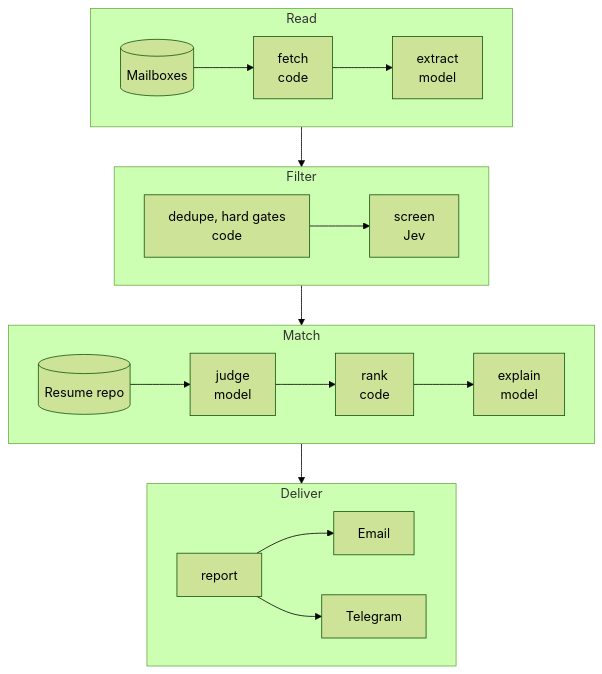
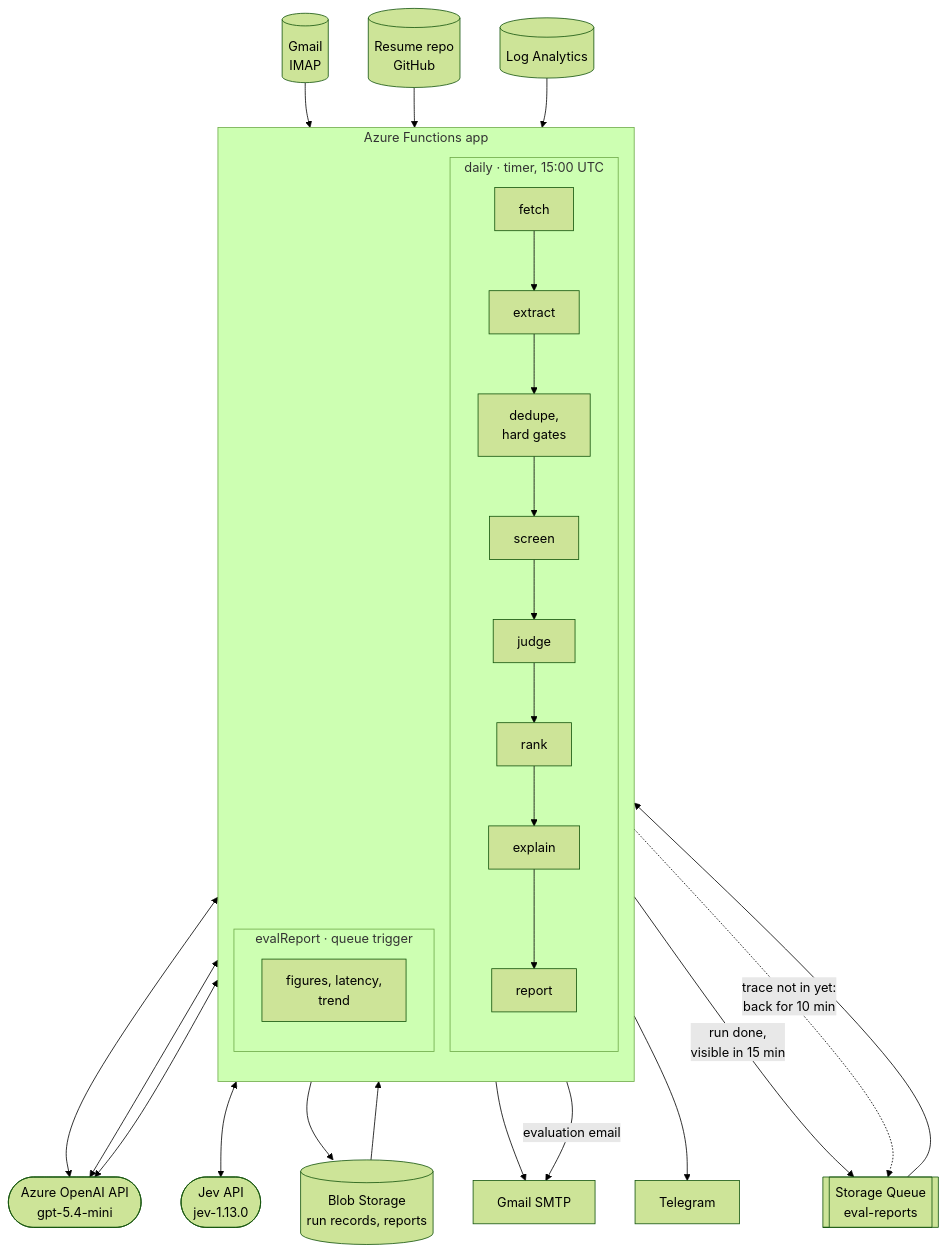
The diagram in README.md (PCBZ/job-scan), drawn with Mermaid (forest theme) before and after one commit. The commit also changed other lines of this file, not shown here.

Commit message:
docs(readme): versioned badges; one architecture diagram with both functions and the queue between them

````diff
--- a/README.md
+++ b/README.md
@@ -26,20 +29,33 @@
 ```mermaid
 flowchart TB
-  subgraph read [Read]
-    direction LR
-    mail[(Mailboxes)] --> fetch[fetch<br/>code] --> extract[extract<br/>model]
+  gmail[(Gmail<br/>IMAP)]
+  github[(Resume repo<br/>GitHub)]
+  openai([Azure OpenAI API<br/>gpt-5.4-mini])
+  jev([Jev API<br/>jev-1.13.0])
+
+  subgraph app [Azure Functions app]
+    direction TB
+    subgraph daily [daily · timer, 15:00 UTC]
+      fetch --> extract --> gates[dedupe,<br/>hard gates] --> screen --> judge --> rank --> explain --> report
+    end
+    subgraph evalfn [evalReport · queue trigger]
+      evaluate[figures, latency,<br/>trend]
+    end
   end
-  subgraph filter [Filter]
-    direction LR
-    dedupe[dedupe, hard gates<br/>code] --> screen[screen<br/>Jev]
-  end
-  subgraph match [Match]
-    direction LR
-    resumes[(Resume repo)] --> judge[judge<br/>model] --> rank[rank<br/>code] --> explain[explain<br/>model]
-  end
-  subgraph deliver [Deliver]
-    direction LR
-    report[report] --> email[Email] & tg[Telegram]
-  end
-  read --> filter --> match --> deliver
+
+  queue[[Storage Queue<br/>eval-reports]]
+  blob[(Blob Storage<br/>run records, reports)]
+  logs[(Log Analytics)]
+  smtp[Gmail SMTP]
+  tg[Telegram]
+
+  gmail --> fetch
+  github --> judge
+  extract & judge & explain <--> openai
+  screen <--> jev
+  report --> blob & smtp & tg
+  report -- "run done,<br/>visible in 15 min" --> queue --> evaluate
+  evaluate -. "trace not in yet:<br/>back for 10 min" .-> queue
+  blob & logs --> evaluate
+  evaluate -- "evaluation email" --> smtp
 ```
````
